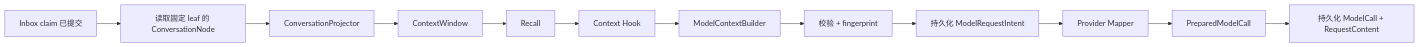
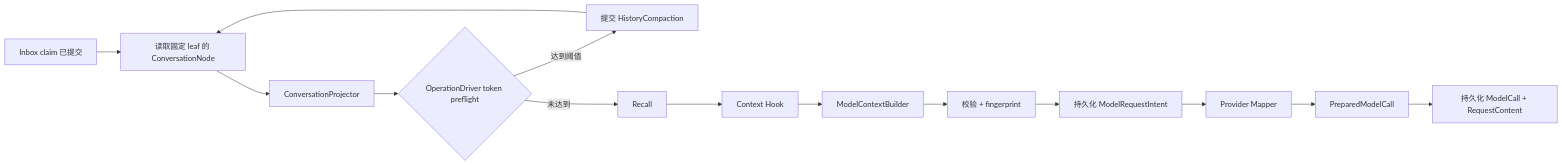
One commit to xiesunsun/MyOpenClaw changed diagram 47 of 56 in docs/upgrade/2026-08-24-runtime-entity-decisions.md. Above: the diagram before and after it, drawn with Mermaid. The commit also changed other lines of this file and 96 other files, not shown here.

````diff
--- a/docs/upgrade/2026-08-24-runtime-entity-decisions.md
+++ b/docs/upgrade/2026-08-24-runtime-entity-decisions.md
@@ -3232,14 +3236,16 @@
 ```mermaid
 flowchart LR
     CL[Inbox claim 已提交] --> N[读取固定 leaf 的 ConversationNode]
     N --> CP[ConversationProjector]
-    CP --> W[ContextWindow]
-    W --> R[Recall]
+    CP --> Q{OperationDriver token preflight}
+    Q -->|达到阈值| HC[提交 HistoryCompaction]
+    HC --> N
+    Q -->|未达到| R[Recall]
     R --> H[Context Hook]
     H --> B[ModelContextBuilder]
     B --> V[校验 + fingerprint]
     V --> I[持久化 ModelRequestIntent]
     I --> P[Provider Mapper]
     P --> C[PreparedModelCall]
     C --> M[持久化 ModelCall + RequestContent]
 ```
````
